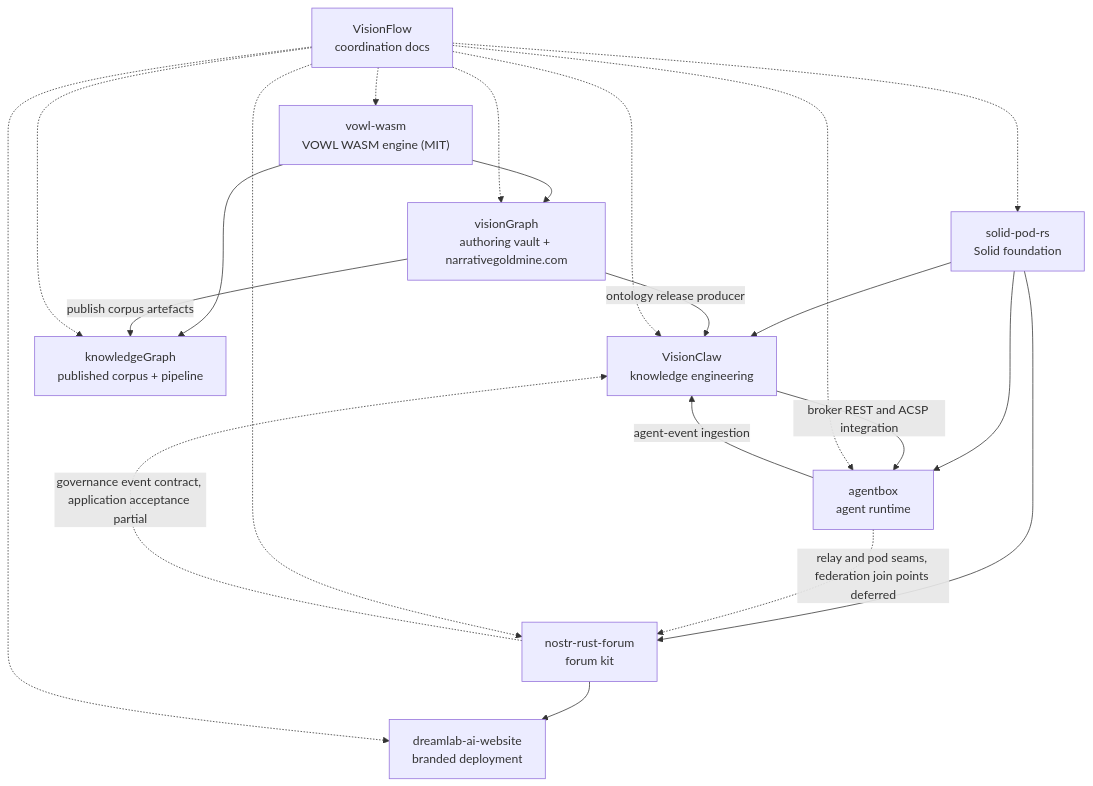
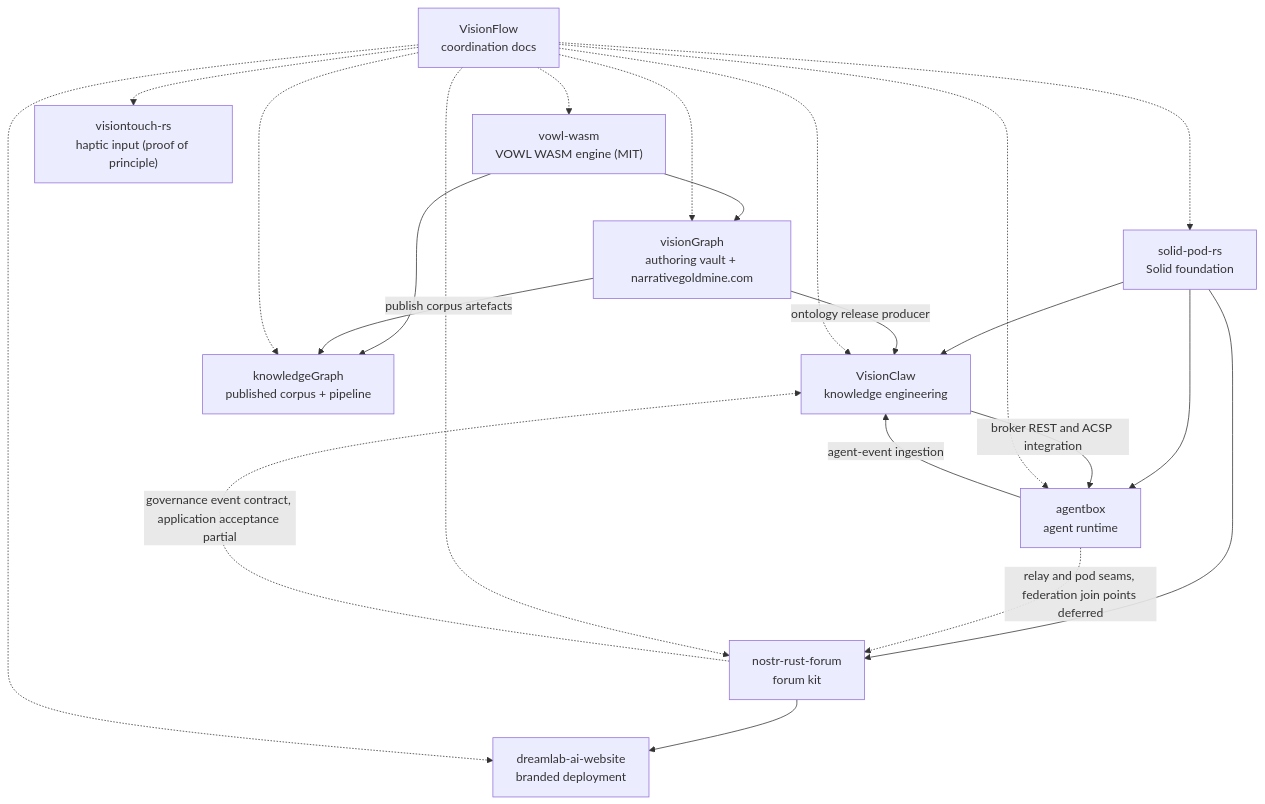
Before and after one commit to DreamLab-AI/VisionFlow: the diagram in docs/architecture/repository-map.md, drawn with Mermaid. The commit also changed other lines of this file and 15 other files, not shown here.

First line of the commit message:
Admit visiontouch-rs as a supporting haptic input study (ADR-2017) with its diagrams area

````diff
--- a/docs/architecture/repository-map.md
+++ b/docs/architecture/repository-map.md
@@ -41,35 +42,37 @@
 ```mermaid
 flowchart TB
     VF["VisionFlow\ncoordination docs"]
     VC["VisionClaw\nknowledge engineering"]
     AB["agentbox\nagent runtime"]
     SPR["solid-pod-rs\nSolid foundation"]
     NRF["nostr-rust-forum\nforum kit"]
     DLW["dreamlab-ai-website\nbranded deployment"]
     VW["vowl-wasm\nVOWL WASM engine (MIT)"]
     KG["knowledgeGraph\npublished corpus + pipeline"]
     VG["visionGraph\nauthoring vault + narrativegoldmine.com"]
+    VT["visiontouch-rs\nhaptic input (proof of principle)"]
 
     SPR --> VC
     SPR --> AB
     SPR --> NRF
     NRF --> DLW
     VW --> VG
     VW --> KG
     VG -->|"publish corpus artefacts"| KG
     VG -->|"ontology release producer"| VC
 
     AB -->|"agent-event ingestion"| VC
     VC -->|"broker REST and ACSP integration"| AB
     NRF -.->|"governance event contract, application acceptance partial"| VC
     AB -.->|"relay and pod seams, federation join points deferred"| NRF
 
     VF -.-> VC
     VF -.-> AB
     VF -.-> SPR
     VF -.-> NRF
     VF -.-> DLW
     VF -.-> VW
     VF -.-> KG
     VF -.-> VG
+    VF -.-> VT
 ```
````
